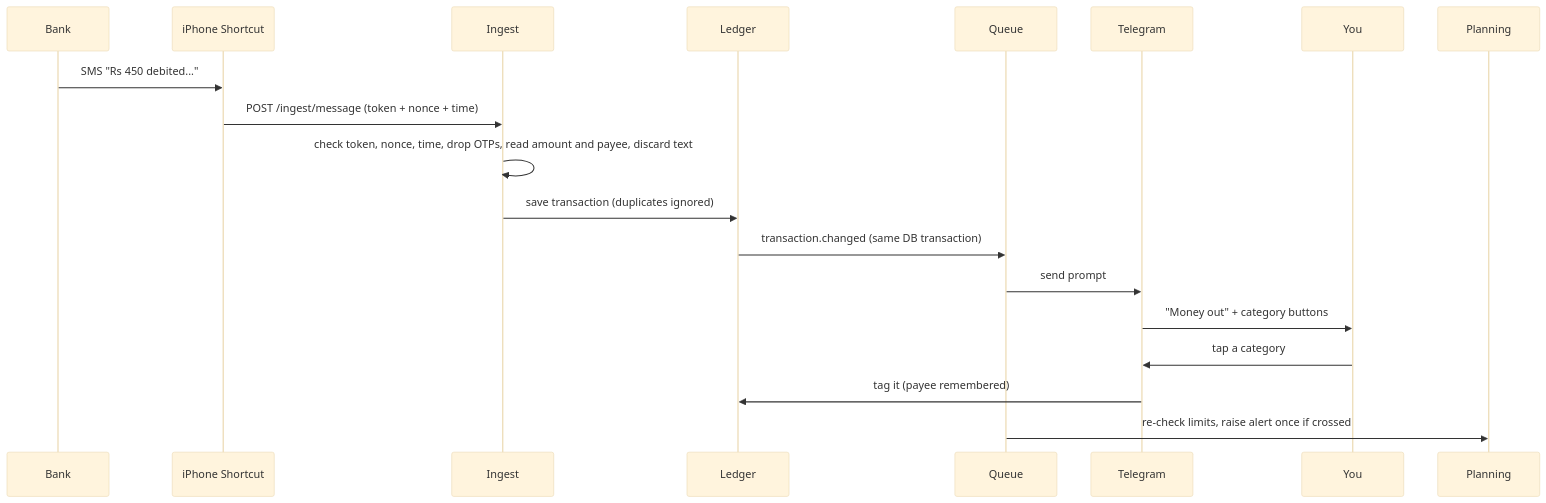
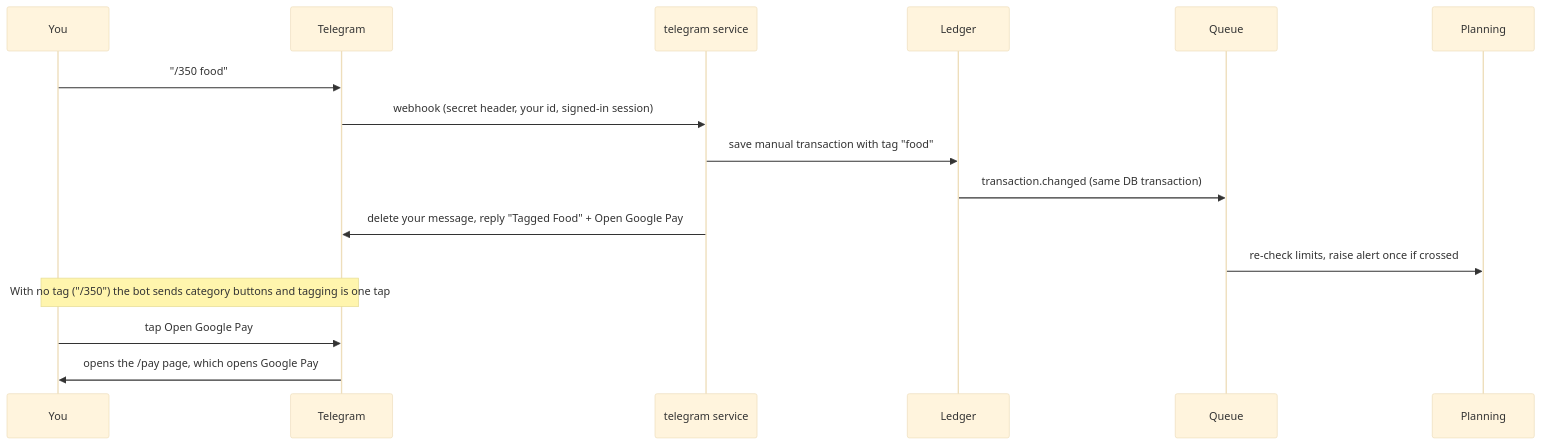
The second of 2 diagrams in README.md (aayushsugandhi2703/LBStash), drawn with Mermaid (base theme) before and after one commit. The commit also changed other lines of this file and 171 other files, not shown here.

First line of the commit message:
Lock the bot to one Telegram account, add web address limit, logo, shorter guide

````diff
--- a/README.md
+++ b/README.md
@@ -79,20 +79,18 @@
 ```mermaid
 sequenceDiagram
-  participant Bank
-  participant Phone as iPhone Shortcut
-  participant Ingest
+  participant You
+  participant Telegram
+  participant Bot as telegram service
   participant Ledger
   participant Q as Queue
-  participant Telegram
-  participant You
-  Bank->>Phone: SMS "Rs 450 debited..."
-  Phone->>Ingest: POST /ingest/message (token + nonce + time)
-  Ingest->>Ingest: check token, nonce, time, drop OTPs, read amount and payee, discard text
-  Ingest->>Ledger: save transaction (duplicates ignored)
+  participant Planning
+  You->>Telegram: "/350 food"
+  Telegram->>Bot: webhook (secret header, your id, signed-in session)
+  Bot->>Ledger: save manual transaction with tag "food"
   Ledger->>Q: transaction.changed (same DB transaction)
-  Q->>Telegram: send prompt
-  Telegram->>You: "Money out" + category buttons
-  You->>Telegram: tap a category
-  Telegram->>Ledger: tag it (payee remembered)
+  Bot->>Telegram: delete your message, reply "Tagged Food" + Open Google Pay
   Q->>Planning: re-check limits, raise alert once if crossed
+  Note over You,Telegram: With no tag ("/350") the bot sends category buttons and tagging is one tap
+  You->>Telegram: tap Open Google Pay
+  Telegram->>You: opens the /pay page, which opens Google Pay
 ```
````
